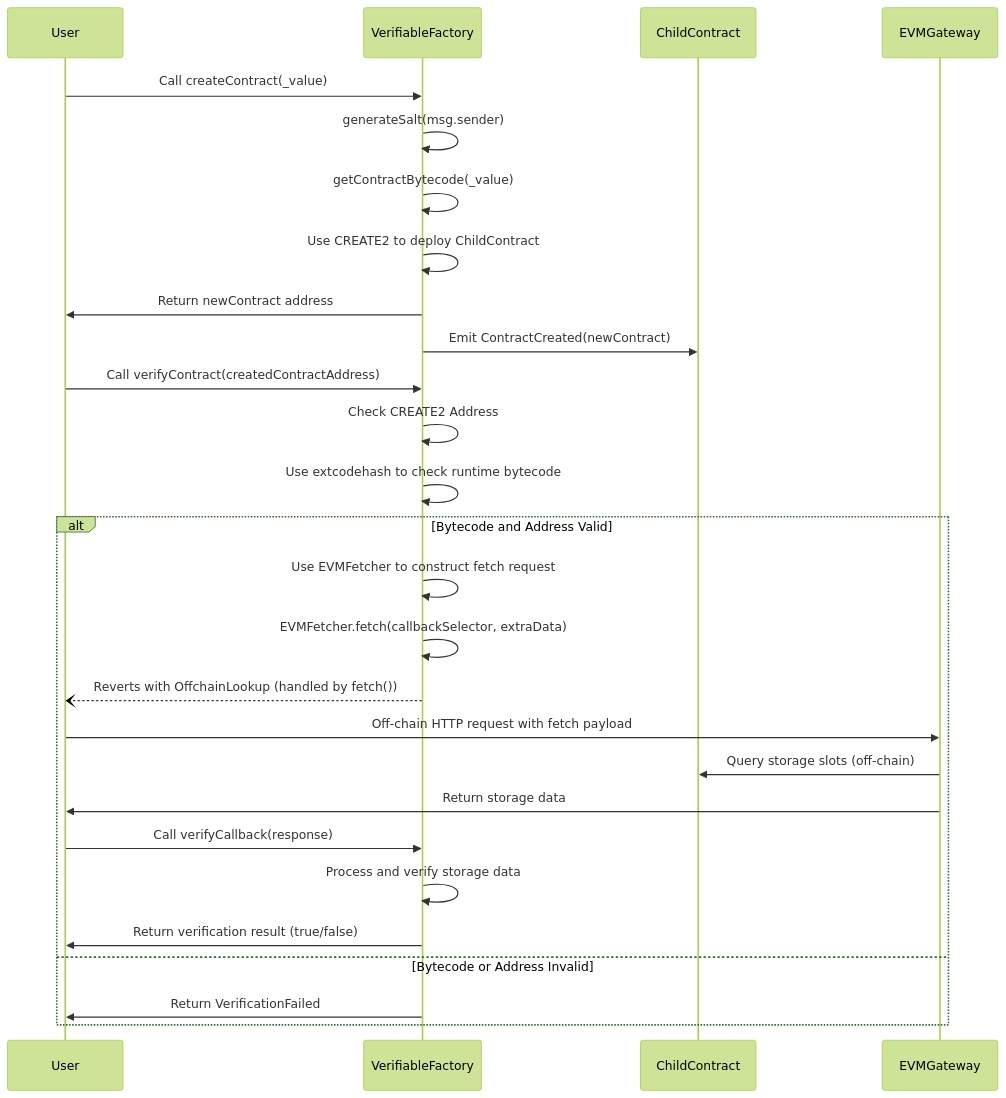
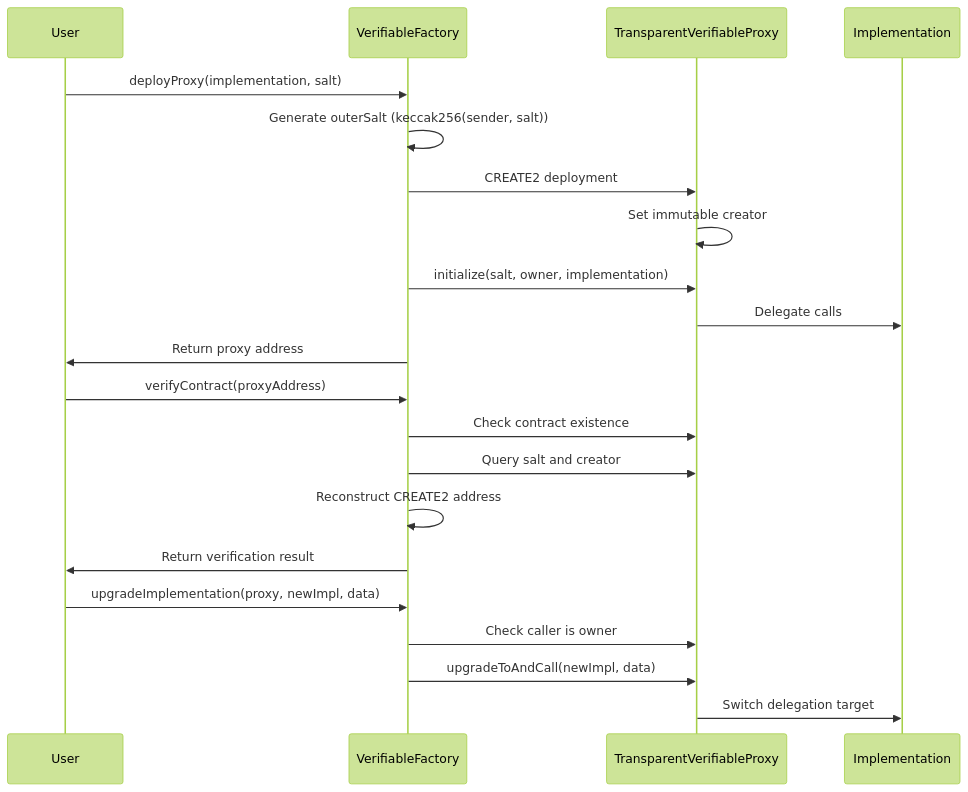
One commit to mdtanrikulu/verifiable-factory changed the diagram in README.md. Above: the diagram before and after it, drawn with Mermaid (forest theme). The commit also changed other lines of this file and 1 other file, not shown here.

````diff
--- a/README.md
+++ b/README.md
@@ -26,33 +24,29 @@
 ```mermaid
 sequenceDiagram
     participant User
     participant VerifiableFactory
-    participant ChildContract
-    participant EVMGateway
+    participant TransparentVerifiableProxy
+    participant Implementation
 
-    %% Contract Creation Flow
-    User->>VerifiableFactory: Call createContract(_value)
-    VerifiableFactory->>VerifiableFactory: generateSalt(msg.sender)
-    VerifiableFactory->>VerifiableFactory: getContractBytecode(_value)
-    VerifiableFactory->>VerifiableFactory: Use CREATE2 to deploy ChildContract
-    VerifiableFactory->>User: Return newContract address
-    VerifiableFactory->>ChildContract: Emit ContractCreated(newContract)
+    %% Deployment Flow
+    User->>VerifiableFactory: deployProxy(implementation, salt)
+    VerifiableFactory->>VerifiableFactory: Generate outerSalt (keccak256(sender, salt))
+    VerifiableFactory->>TransparentVerifiableProxy: CREATE2 deployment
+    TransparentVerifiableProxy->>TransparentVerifiableProxy: Set immutable creator
+    VerifiableFactory->>TransparentVerifiableProxy: initialize(salt, owner, implementation)
+    TransparentVerifiableProxy->>Implementation: Delegate calls
+    VerifiableFactory->>User: Return proxy address
 
-    %% Contract Verification Flow
-    User->>VerifiableFactory: Call verifyContract(createdContractAddress)
-    VerifiableFactory->>VerifiableFactory: Check CREATE2 Address
-    VerifiableFactory->>VerifiableFactory: Use extcodehash to check runtime bytecode
-    alt Bytecode and Address Valid
-        VerifiableFactory->>VerifiableFactory: Use EVMFetcher to construct fetch request
-        VerifiableFactory->>VerifiableFactory: EVMFetcher.fetch(callbackSelector, extraData)
-        VerifiableFactory--)User: Reverts with OffchainLookup (handled by fetch())
-        User->>EVMGateway: Off-chain HTTP request with fetch payload
-        EVMGateway->>ChildContract: Query storage slots (off-chain)
-        EVMGateway->>User: Return storage data
-        User->>VerifiableFactory: Call verifyCallback(response)
-        VerifiableFactory->>VerifiableFactory: Process and verify storage data
-        VerifiableFactory->>User: Return verification result (true/false)
-    else Bytecode or Address Invalid
-        VerifiableFactory->>User: Return VerificationFailed
-    end
+    %% Verification Flow
+    User->>VerifiableFactory: verifyContract(proxyAddress)
+    VerifiableFactory->>TransparentVerifiableProxy: Check contract existence
+    VerifiableFactory->>TransparentVerifiableProxy: Query salt and creator
+    VerifiableFactory->>VerifiableFactory: Reconstruct CREATE2 address
+    VerifiableFactory->>User: Return verification result
+
+    %% Upgrade Flow
+    User->>VerifiableFactory: upgradeImplementation(proxy, newImpl, data)
+    VerifiableFactory->>TransparentVerifiableProxy: Check caller is owner
+    VerifiableFactory->>TransparentVerifiableProxy: upgradeToAndCall(newImpl, data)
+    TransparentVerifiableProxy->>Implementation: Switch delegation target
 ```
````
